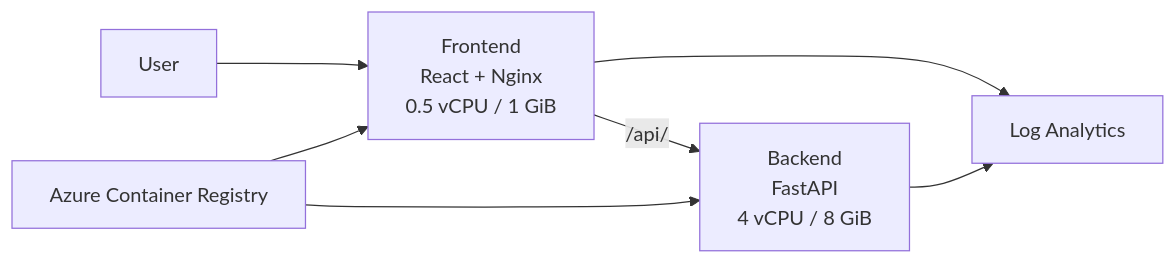
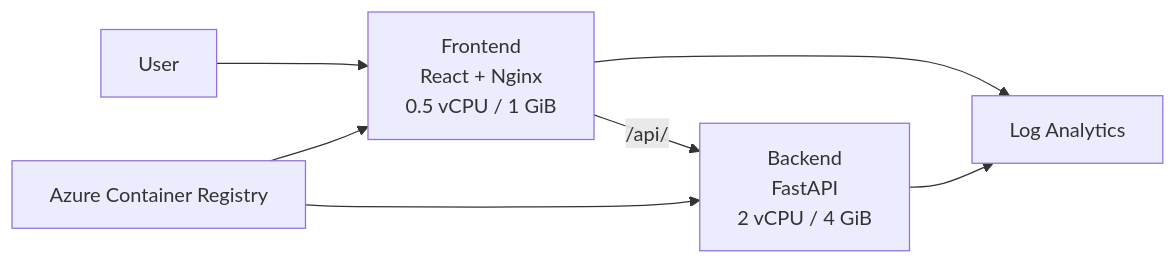
Before and after one commit to ryoma-1999/eeg-analysis-platform: the diagram in doc/08_Azure構成.md, drawn with Mermaid. The commit also changed 1 other file, not shown here.

Commit message:
doc/編集

````diff
--- a/doc/08_Azure構成.md
+++ b/doc/08_Azure構成.md
@@ -7,22 +7,22 @@
 ```mermaid
 flowchart LR
 
     User["User"]
 
     FE["Frontend<br/>React + Nginx<br/>0.5 vCPU / 1 GiB"]
 
-    BE["Backend<br/>FastAPI<br/>4 vCPU / 8 GiB"]
+    BE["Backend<br/>FastAPI<br/>2 vCPU / 4 GiB"]
 
     ACR["Azure Container Registry"]
 
     LOG["Log Analytics"]
 
     User --> FE
     FE -->|"/api/"| BE
 
     ACR --> FE
     ACR --> BE
 
     FE --> LOG
     BE --> LOG
 ```
````
